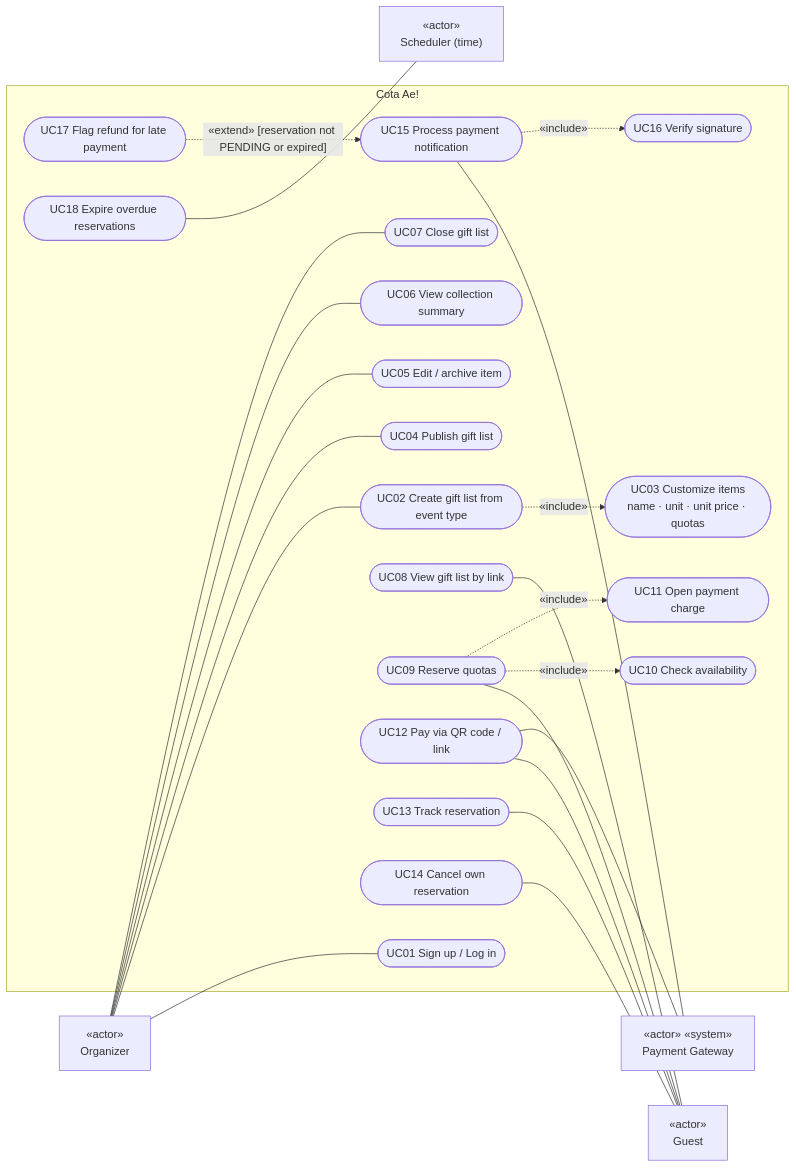
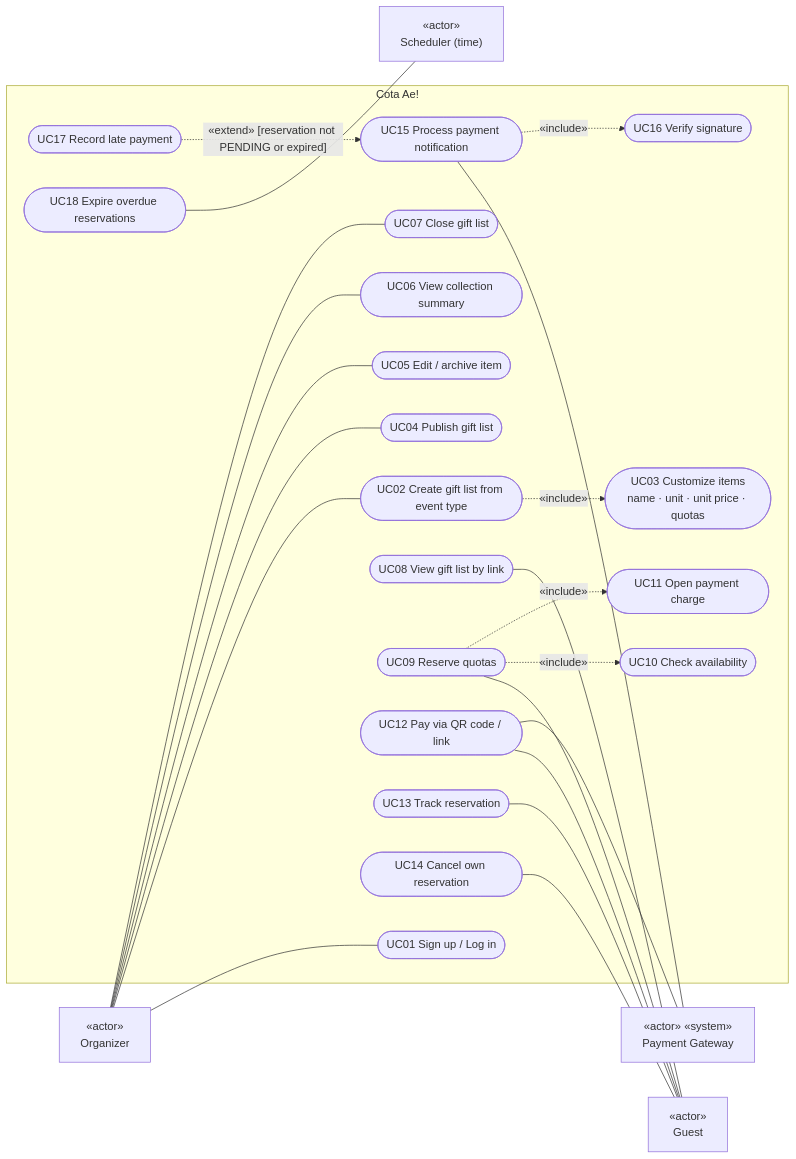
The second of 9 diagrams in docs/design/design-spec.md (mpdrao/cotai), drawn with Mermaid before and after one commit. The commit also changed other lines of this file and 32 other files, not shown here.

````diff
--- a/docs/design/design-spec.md
+++ b/docs/design/design-spec.md
@@ -160,49 +160,49 @@
 ```mermaid
 flowchart LR
   ORG["«actor»<br/>Organizer"]
   GUEST["«actor»<br/>Guest"]
   GW["«actor» «system»<br/>Payment Gateway"]
   TIME["«actor»<br/>Scheduler (time)"]
 
   subgraph SYS["Cota Ae!"]
     UC01(["UC01 Sign up / Log in"])
     UC02(["UC02 Create gift list from event type"])
     UC03(["UC03 Customize items<br/>name · unit · unit price · quotas"])
     UC04(["UC04 Publish gift list"])
     UC05(["UC05 Edit / archive item"])
     UC06(["UC06 View collection summary"])
     UC07(["UC07 Close gift list"])
     UC08(["UC08 View gift list by link"])
     UC09(["UC09 Reserve quotas"])
     UC10(["UC10 Check availability"])
     UC11(["UC11 Open payment charge"])
     UC12(["UC12 Pay via QR code / link"])
     UC13(["UC13 Track reservation"])
     UC14(["UC14 Cancel own reservation"])
     UC15(["UC15 Process payment notification"])
     UC16(["UC16 Verify signature"])
-    UC17(["UC17 Flag refund for late payment"])
+    UC17(["UC17 Record late payment"])
     UC18(["UC18 Expire overdue reservations"])
   end
 
   ORG --- UC01
   ORG --- UC02
   ORG --- UC04
   ORG --- UC05
   ORG --- UC06
   ORG --- UC07
   UC08 --- GUEST
   UC09 --- GUEST
   UC12 --- GUEST
   UC13 --- GUEST
   UC14 --- GUEST
   UC12 --- GW
   UC15 --- GW
   UC18 --- TIME
 
   UC02 -. "«include»" .-> UC03
   UC09 -. "«include»" .-> UC10
   UC09 -. "«include»" .-> UC11
   UC15 -. "«include»" .-> UC16
   UC17 -. "«extend» [reservation not PENDING or expired]" .-> UC15
 ```
````
